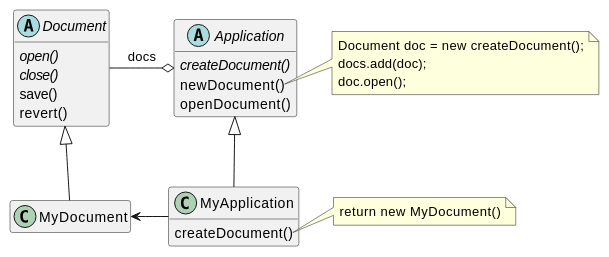
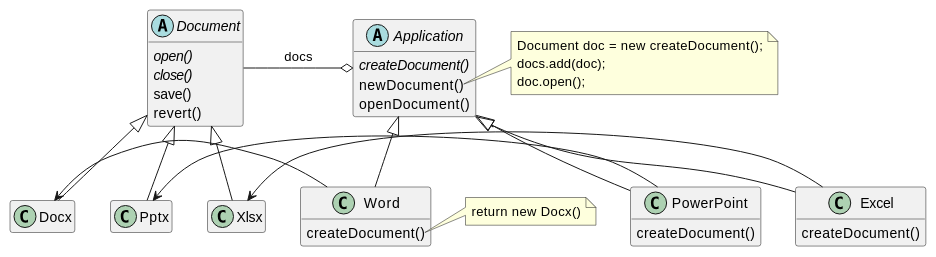
The first of 3 diagrams in src/gof/Criacao/FactoryMethod/README.md (leandro-costa/vuepressppr), drawn with PlantUML before and after one commit. The commit also changed other lines of this file and 3 other files, not shown here.

```diff
--- a/src/gof/Criacao/FactoryMethod/README.md
+++ b/src/gof/Criacao/FactoryMethod/README.md
@@ -30,37 +30,51 @@
 @startuml
 abstract class Document{
     {abstract} open()
     {abstract} close()
     save()
     revert()
 }
 
 abstract class Application{
     {abstract} createDocument()
     newDocument()
     openDocument()
 }
 
-class MyApplication{
+class Word{
+    createDocument()    
+}
+
+class PowerPoint{
+    createDocument()    
+}
+
+class Excel{
     createDocument()    
 }
 
 Document -o Application  :docs
-Application <|-- MyApplication 
-MyDocument <- MyApplication
-Document  <|-- MyDocument 
+Application <|-- Word 
+Application <|-- PowerPoint 
+Application <|-- Excel
+Docx <- Word
+Pptx <- PowerPoint
+Xlsx <- Excel
+Document  <|-- Docx 
+Document  <|-- Pptx 
+Document  <|-- Xlsx 
 
-note right of MyApplication::createDocument 
-  return new MyDocument()
+note right of Word::createDocument 
+  return new Docx()
 end note
 
 note right of Application::newDocument 
   Document doc = new createDocument();
   docs.add(doc);
   doc.open();
 end note
 
 hide empty attributes
 hide empty methods
 
 @enduml
```
